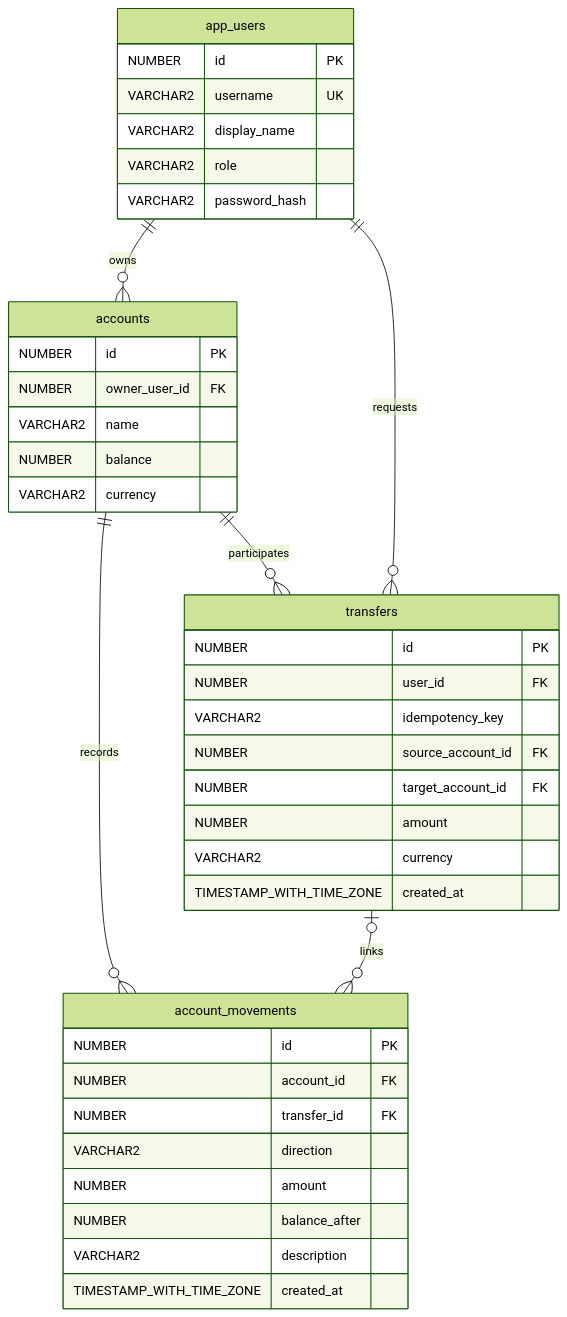
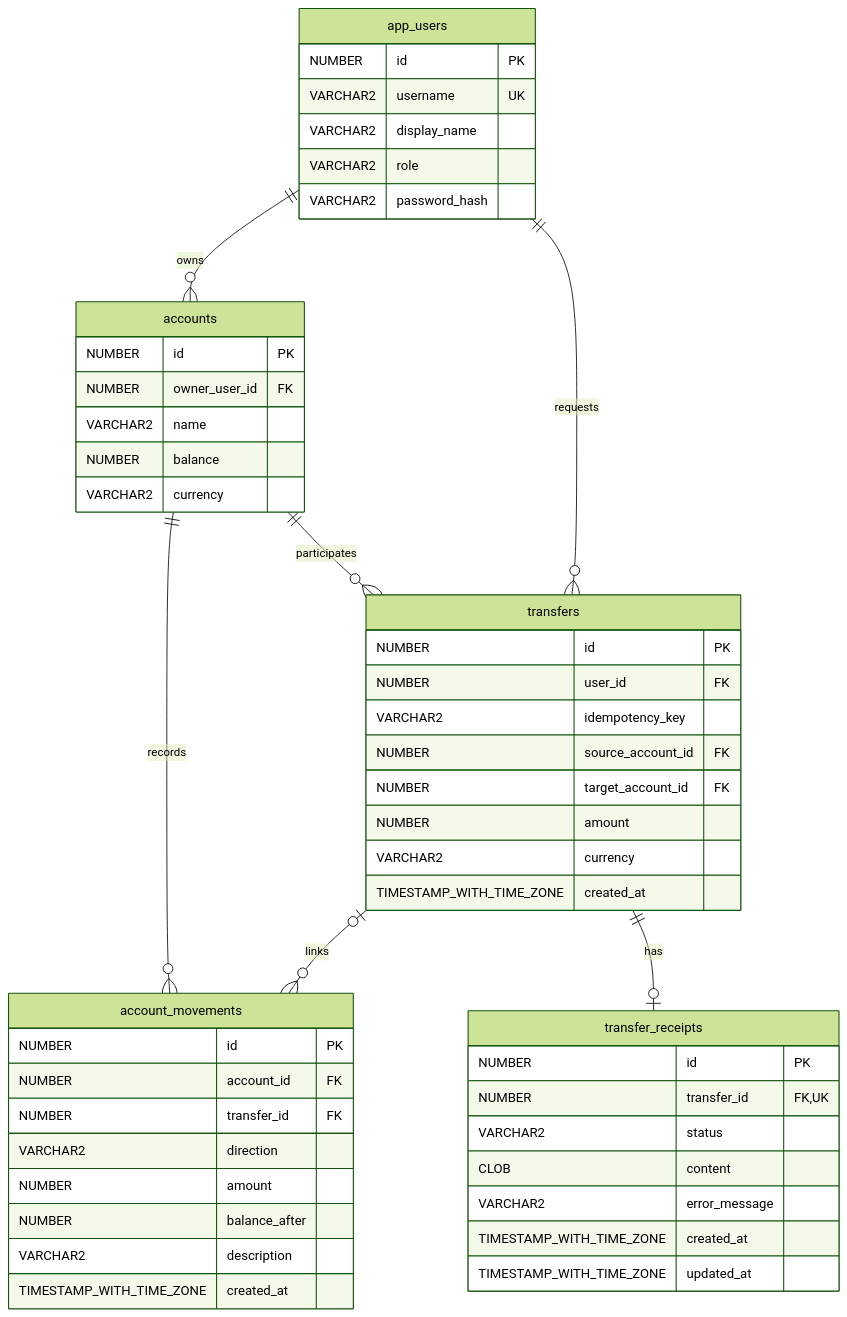
One commit to berk-celikten/hesaplab changed the diagram in docs/DATABASE_MODEL.md. Above: the diagram before and after it, drawn with Mermaid (forest theme). The commit also changed other lines of this file and 47 other files, not shown here.

First line of the commit message:
Add cross-customer transfers and asynchronous text receipts

````diff
--- a/docs/DATABASE_MODEL.md
+++ b/docs/DATABASE_MODEL.md
@@ -18,42 +18,52 @@
 ```mermaid
 erDiagram
     app_users ||--o{ accounts : owns
     accounts ||--o{ account_movements : records
     app_users ||--o{ transfers : requests
     accounts ||--o{ transfers : participates
     transfers |o--o{ account_movements : links
+    transfers ||--o| transfer_receipts : has
     app_users {
         NUMBER id PK
         VARCHAR2 username UK
         VARCHAR2 display_name
         VARCHAR2 role
         VARCHAR2 password_hash
     }
     accounts {
         NUMBER id PK
         NUMBER owner_user_id FK
         VARCHAR2 name
         NUMBER balance
         VARCHAR2 currency
     }
     transfers {
         NUMBER id PK
         NUMBER user_id FK
         VARCHAR2 idempotency_key
         NUMBER source_account_id FK
         NUMBER target_account_id FK
         NUMBER amount
         VARCHAR2 currency
         TIMESTAMP_WITH_TIME_ZONE created_at
     }
+    transfer_receipts {
+        NUMBER id PK
+        NUMBER transfer_id FK,UK
+        VARCHAR2 status
+        CLOB content
+        VARCHAR2 error_message
+        TIMESTAMP_WITH_TIME_ZONE created_at
+        TIMESTAMP_WITH_TIME_ZONE updated_at
+    }
     account_movements {
         NUMBER id PK
         NUMBER account_id FK
         NUMBER transfer_id FK
         VARCHAR2 direction
         NUMBER amount
         NUMBER balance_after
         VARCHAR2 description
         TIMESTAMP_WITH_TIME_ZONE created_at
     }
 ```
````
